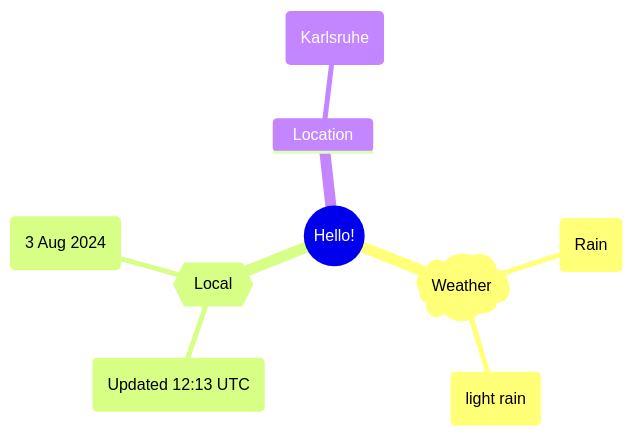
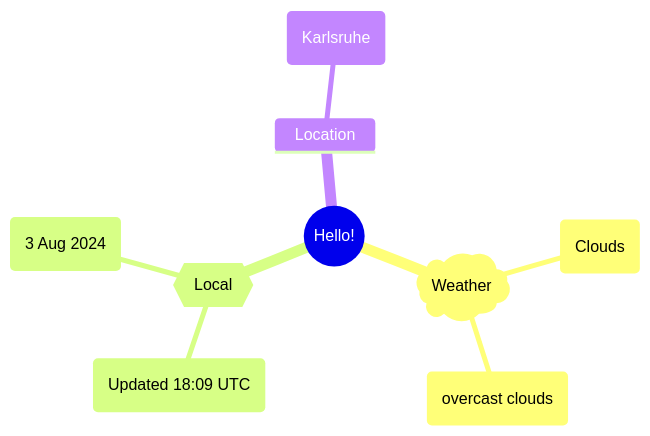
The first of 2 diagrams in README.md (Xosrov/Xosrov), drawn with Mermaid before and after one commit.

Commit message:
[bot] updated images

````diff
--- a/README.md
+++ b/README.md
@@ -3,12 +3,12 @@
 ```mermaid
 mindmap
   root((Hello!))
     )Weather(
-        (Rain)
-        (light rain)
+        (Clouds)
+        (overcast clouds)
     {{Local}}
-        (Updated 12:13 UTC)
+        (Updated 18:09 UTC)
         (3 Aug 2024)
     Location
         (Karlsruhe)
 ```
````
